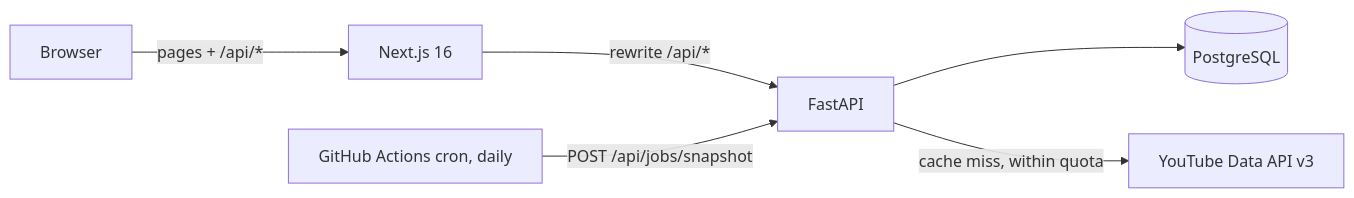
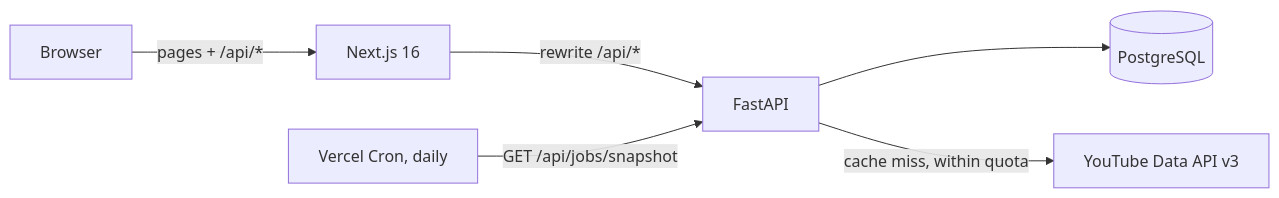
Before and after one commit to sheershh/ChannelLens: the diagram in README.md, drawn with Mermaid. The commit also changed other lines of this file and 17 other files, not shown here.

````diff
--- a/README.md
+++ b/README.md
@@ -62,8 +62,8 @@
 ```mermaid
 flowchart LR
   B[Browser] -->|pages + /api/*| N[Next.js 16]
   N -->|rewrite /api/*| F[FastAPI]
   F --> DB[(PostgreSQL)]
   F -->|cache miss, within quota| Y[YouTube Data API v3]
-  G[GitHub Actions cron, daily] -->|POST /api/jobs/snapshot| F
+  G[Vercel Cron, daily] -->|GET /api/jobs/snapshot| F
 ```
````
